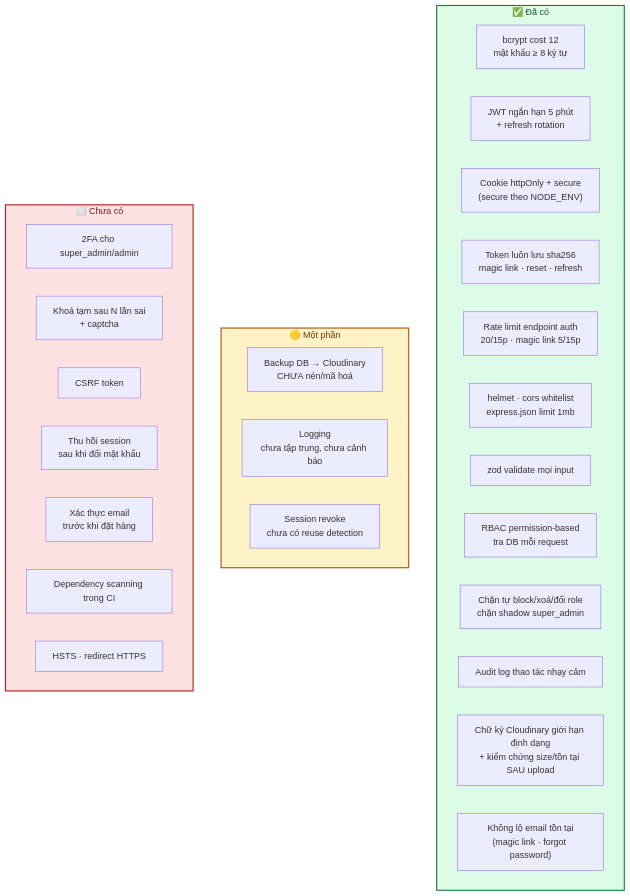
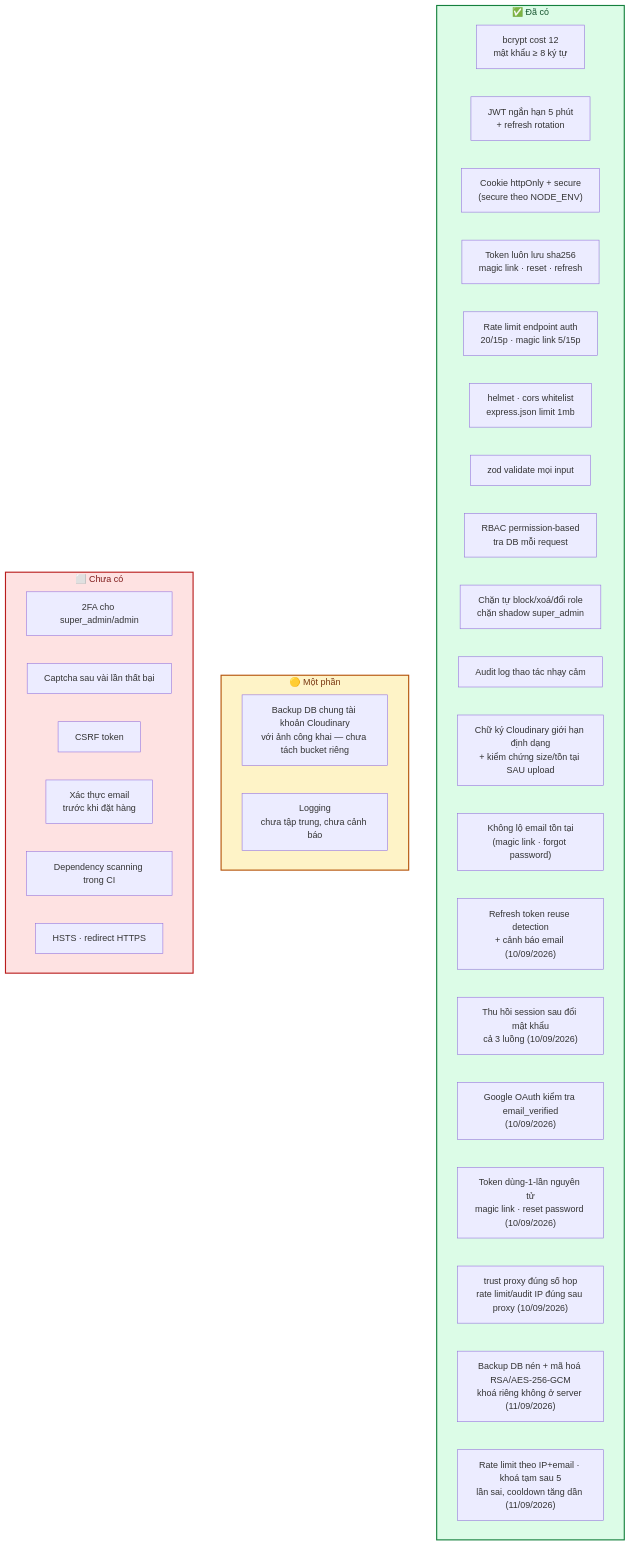
Before and after one commit to Hungvu0712/FLOWER: the diagram in docs/07-bao-mat.md, drawn with Mermaid. The commit also changed other lines of this file and 17 other files, not shown here.

````diff
--- a/docs/07-bao-mat.md
+++ b/docs/07-bao-mat.md
@@ -13,37 +13,42 @@
 ```mermaid
 flowchart TB
     subgraph DONE["✅ Đã có"]
         D1["bcrypt cost 12<br/>mật khẩu ≥ 8 ký tự"]
         D2["JWT ngắn hạn 5 phút<br/>+ refresh rotation"]
         D3["Cookie httpOnly + secure<br/>(secure theo NODE_ENV)"]
         D4["Token luôn lưu sha256<br/>magic link · reset · refresh"]
         D5["Rate limit endpoint auth<br/>20/15p · magic link 5/15p"]
         D6["helmet · cors whitelist<br/>express.json limit 1mb"]
         D7["zod validate mọi input"]
         D8["RBAC permission-based<br/>tra DB mỗi request"]
         D9["Chặn tự block/xoá/đổi role<br/>chặn shadow super_admin"]
         D10["Audit log thao tác nhạy cảm"]
         D11["Chữ ký Cloudinary giới hạn định dạng<br/>+ kiểm chứng size/tồn tại SAU upload"]
         D12["Không lộ email tồn tại<br/>(magic link · forgot password)"]
+        D13["Refresh token reuse detection<br/>+ cảnh báo email (10/09/2026)"]
+        D14["Thu hồi session sau đổi mật khẩu<br/>cả 3 luồng (10/09/2026)"]
+        D15["Google OAuth kiểm tra email_verified<br/>(10/09/2026)"]
+        D16["Token dùng-1-lần nguyên tử<br/>magic link · reset password (10/09/2026)"]
+        D17["trust proxy đúng số hop<br/>rate limit/audit IP đúng sau proxy (10/09/2026)"]
+        D18["Backup DB nén + mã hoá RSA/AES-256-GCM<br/>khoá riêng không ở server (11/09/2026)"]
+        D19["Rate limit theo IP+email · khoá tạm sau 5<br/>lần sai, cooldown tăng dần (11/09/2026)"]
     end
 
     subgraph PARTIAL["🟡 Một phần"]
-        P1["Backup DB → Cloudinary<br/>CHƯA nén/mã hoá"]
+        P1["Backup DB chung tài khoản Cloudinary<br/>với ảnh công khai — chưa tách bucket riêng"]
         P2["Logging<br/>chưa tập trung, chưa cảnh báo"]
-        P3["Session revoke<br/>chưa có reuse detection"]
     end
 
     subgraph TODO["⬜ Chưa có"]
         T1["2FA cho super_admin/admin"]
-        T2["Khoá tạm sau N lần sai<br/>+ captcha"]
+        T2["Captcha sau vài lần thất bại"]
         T3["CSRF token"]
-        T4["Thu hồi session<br/>sau khi đổi mật khẩu"]
         T5["Xác thực email<br/>trước khi đặt hàng"]
         T6["Dependency scanning trong CI"]
         T7["HSTS · redirect HTTPS"]
     end
 
     style DONE fill:#dcfce7,stroke:#15803d,stroke-width:2px,color:#14532d
     style PARTIAL fill:#fef3c7,stroke:#b45309,stroke-width:2px,color:#78350f
     style TODO fill:#fee2e2,stroke:#b91c1c,stroke-width:2px,color:#7f1d1d
 ```
````
